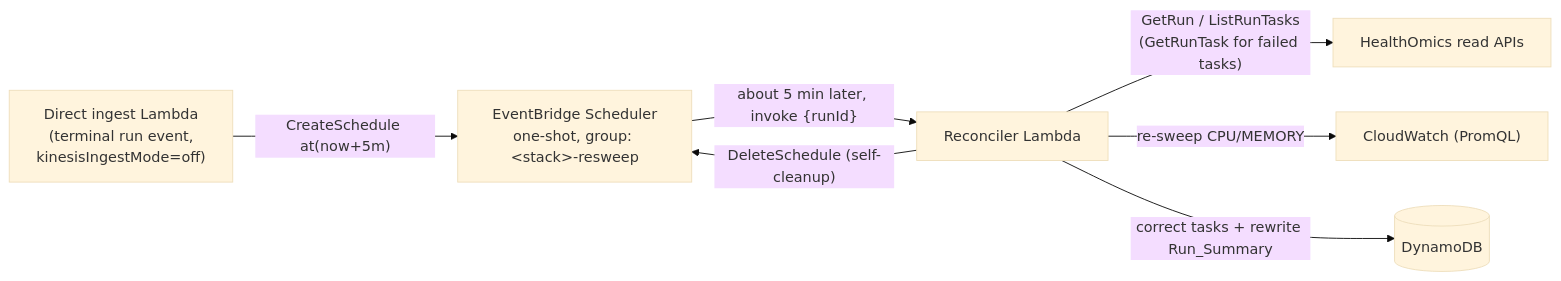
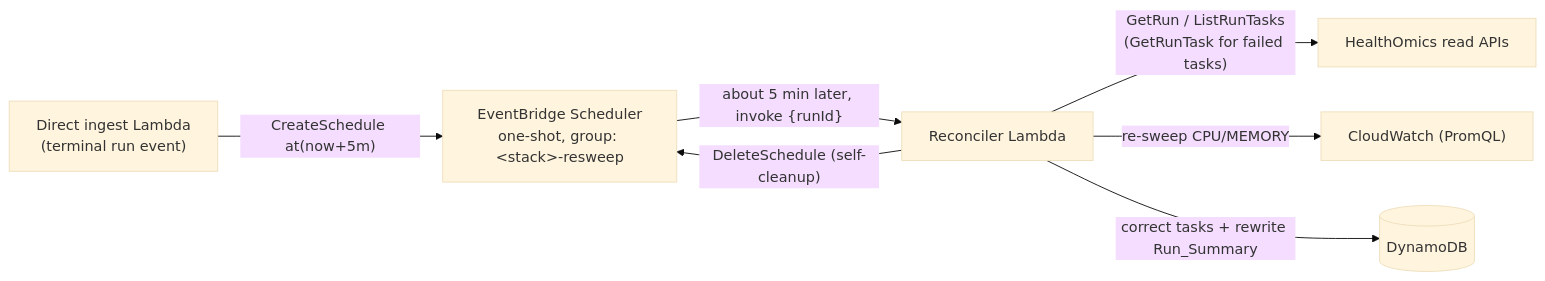
The second of 2 diagrams in docs/architecture.md (wisech-aws/aws-healthomic-ops), drawn with Mermaid (base theme) before and after one commit. The commit also changed other lines of this file and 8 other files, not shown here.

````diff
--- a/docs/architecture.md
+++ b/docs/architecture.md
@@ -224,9 +232,9 @@
 ```mermaid
 flowchart LR
-    ING["Direct ingest Lambda<br/>(terminal run event,<br/>kinesisIngestMode=off)"] -->|"CreateSchedule at(now+5m)"| SCH["EventBridge Scheduler<br/>one-shot, group: &lt;stack&gt;-resweep"]
+    ING["Direct ingest Lambda<br/>(terminal run event)"] -->|"CreateSchedule at(now+5m)"| SCH["EventBridge Scheduler<br/>one-shot, group: &lt;stack&gt;-resweep"]
     SCH -->|"about 5 min later, invoke {runId}"| REC["Reconciler Lambda"]
     REC -->|"GetRun / ListRunTasks<br/>(GetRunTask for failed tasks)"| HO["HealthOmics read APIs"]
     REC -->|"re-sweep CPU/MEMORY"| CW["CloudWatch (PromQL)"]
     REC -->|"correct tasks + rewrite Run_Summary"| DDB[("DynamoDB")]
     REC -->|"DeleteSchedule (self-cleanup)"| SCH
 ```
````
